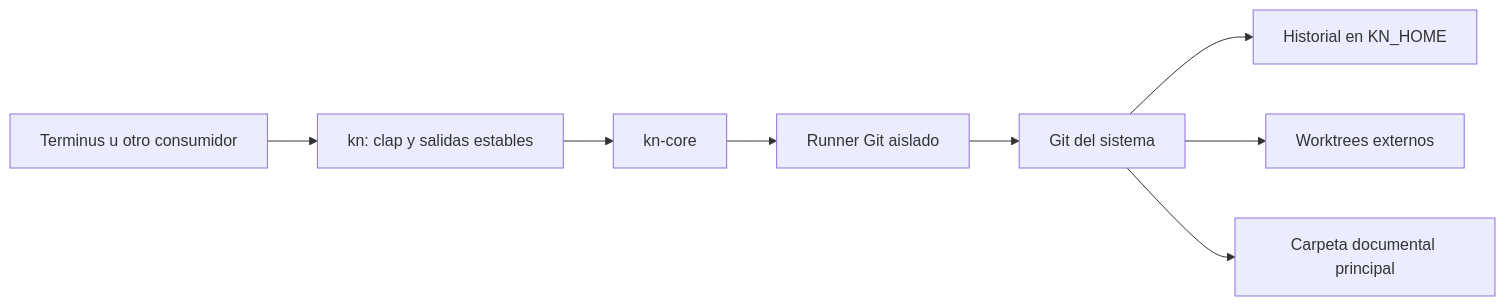
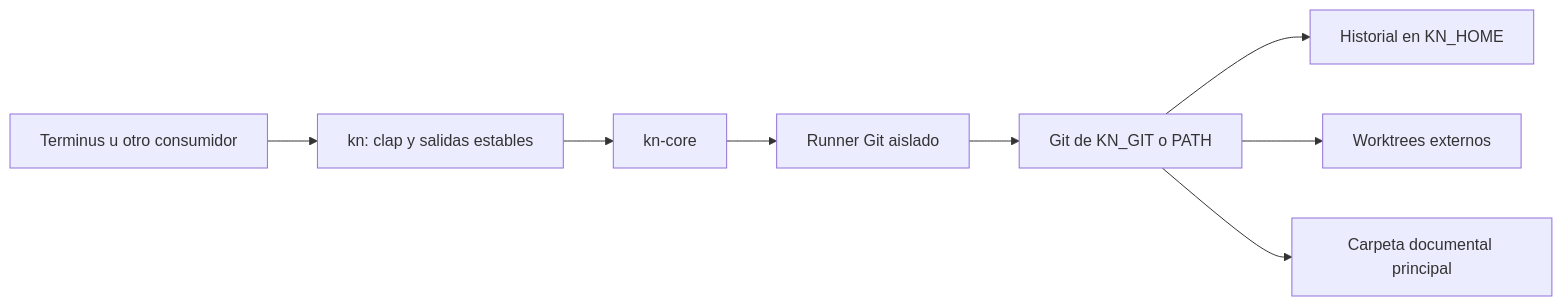
The diagram in ARCHITECTURE.md (danil-labs/kn), drawn with Mermaid before and after one commit. The commit also changed other lines of this file and 10 other files, not shown here.

````diff
--- a/ARCHITECTURE.md
+++ b/ARCHITECTURE.md
@@ -7,10 +7,10 @@
 ```mermaid
 flowchart LR
   App[Terminus u otro consumidor] --> CLI[kn: clap y salidas estables]
   CLI --> Core[kn-core]
   Core --> Runner[Runner Git aislado]
-  Runner --> Git[Git del sistema]
+  Runner --> Git[Git de KN_GIT o PATH]
   Git --> History[Historial en KN_HOME]
   Git --> Sessions[Worktrees externos]
   Git --> Documents[Carpeta documental principal]
 ```
````
